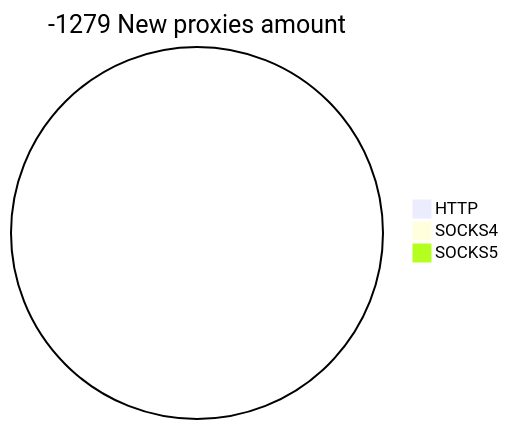
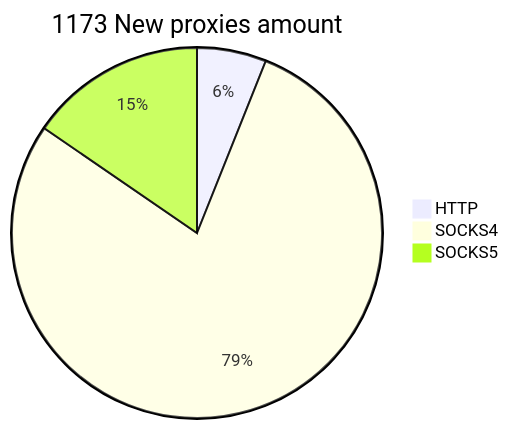
One commit to cutipu/proxylist changed the second of 2 diagrams in README.md. Above: the diagram before and after it, drawn with Mermaid. The commit also changed other lines of this file, not shown here.

````diff
--- a/README.md
+++ b/README.md
@@ -10,6 +10,6 @@
 ```mermaid
-pie title -1279 New proxies amount
-    "HTTP" : 0
-    "SOCKS4" : 0
-    "SOCKS5" : 0
+pie title 1173 New proxies amount
+    "HTTP" : 71
+    "SOCKS4" : 921
+    "SOCKS5" : 181
 ```
````
